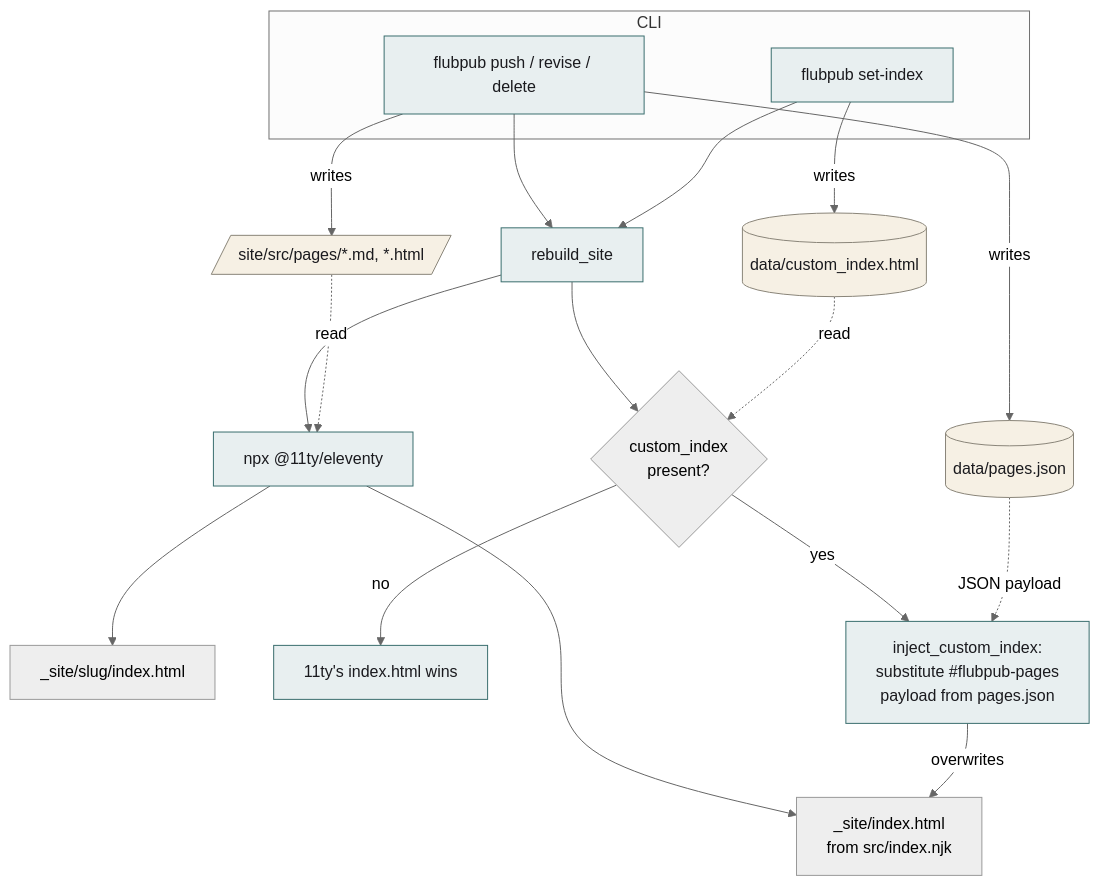
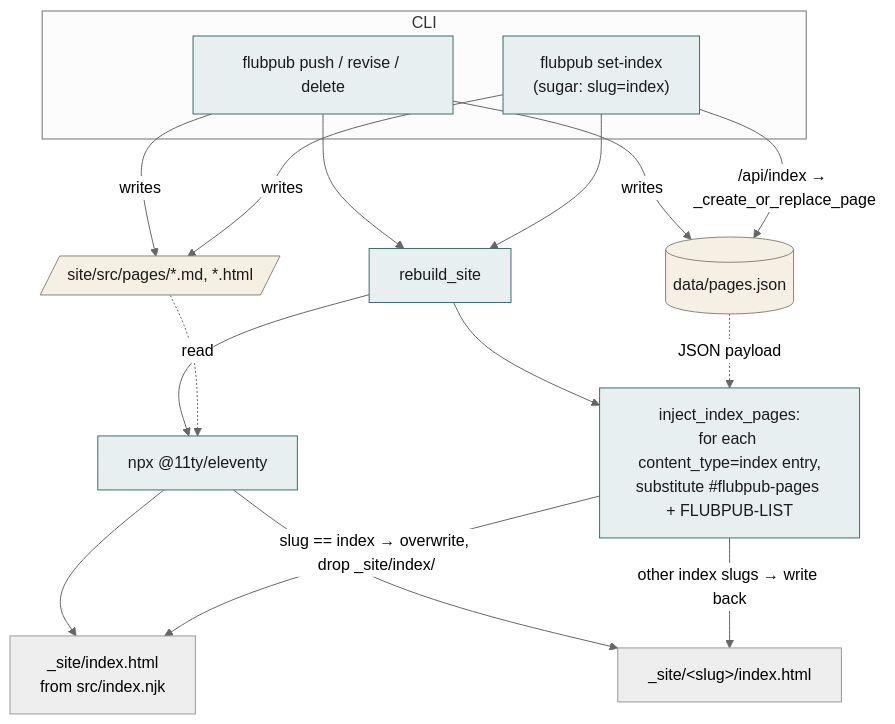
The first of 2 diagrams in README.md (dwymark/flubpub), drawn with Mermaid (neutral theme) before and after one commit. The commit also changed other lines of this file and 22 other files, not shown here.

First line of the commit message:
Design-review cleanup: unify index model, lock down API, JSON registry

````diff
--- a/README.md
+++ b/README.md
@@ -60,30 +65,29 @@
 ```mermaid
 flowchart TD
     subgraph cli[CLI]
         P[flubpub push / revise / delete]
-        SI[flubpub set-index]
+        SI["flubpub set-index<br/>(sugar: slug=index)"]
     end
 
     P -->|writes| PJ[("data/pages.json")]
     P -->|writes| PF[/"site/src/pages/*.md, *.html"/]
-    SI -->|writes| CI[("data/custom_index.html")]
+    SI -->|"/api/index → _create_or_replace_page"| PJ
+    SI -->|writes| PF
 
     P --> RB[rebuild_site]
     SI --> RB
     RB --> E["npx @11ty/eleventy"]
     PF -.->|read| E
     E --> IDX["_site/index.html<br/>from src/index.njk"]
-    E --> PS["_site/slug/index.html"]
+    E --> PS["_site/&lt;slug&gt;/index.html"]
 
-    RB --> IJ{"custom_index<br/>present?"}
-    CI -.->|read| IJ
-    IJ -->|no| KEEP["11ty's index.html wins"]
-    IJ -->|yes| INJ["inject_custom_index:<br/>substitute #flubpub-pages<br/>payload from pages.json"]
-    PJ -.->|JSON payload| INJ
-    INJ -->|overwrites| IDX
+    RB --> IJ["inject_index_pages:<br/>for each content_type=index entry,<br/>substitute #flubpub-pages + FLUBPUB-LIST"]
+    PJ -.->|JSON payload| IJ
+    IJ -->|"slug == index → overwrite, drop _site/index/"| IDX
+    IJ -->|"other index slugs → write back"| PS
 
     classDef store fill:#f6f0e4,stroke:#8a8579,color:#1a1a1e
     classDef action fill:#e8eff0,stroke:#3a6e6e,color:#1a1a1e
-    class PJ,CI,PF store
-    class P,SI,RB,E,INJ,KEEP action
+    class PJ,PF store
+    class P,SI,RB,E,IJ action
 ```
````
